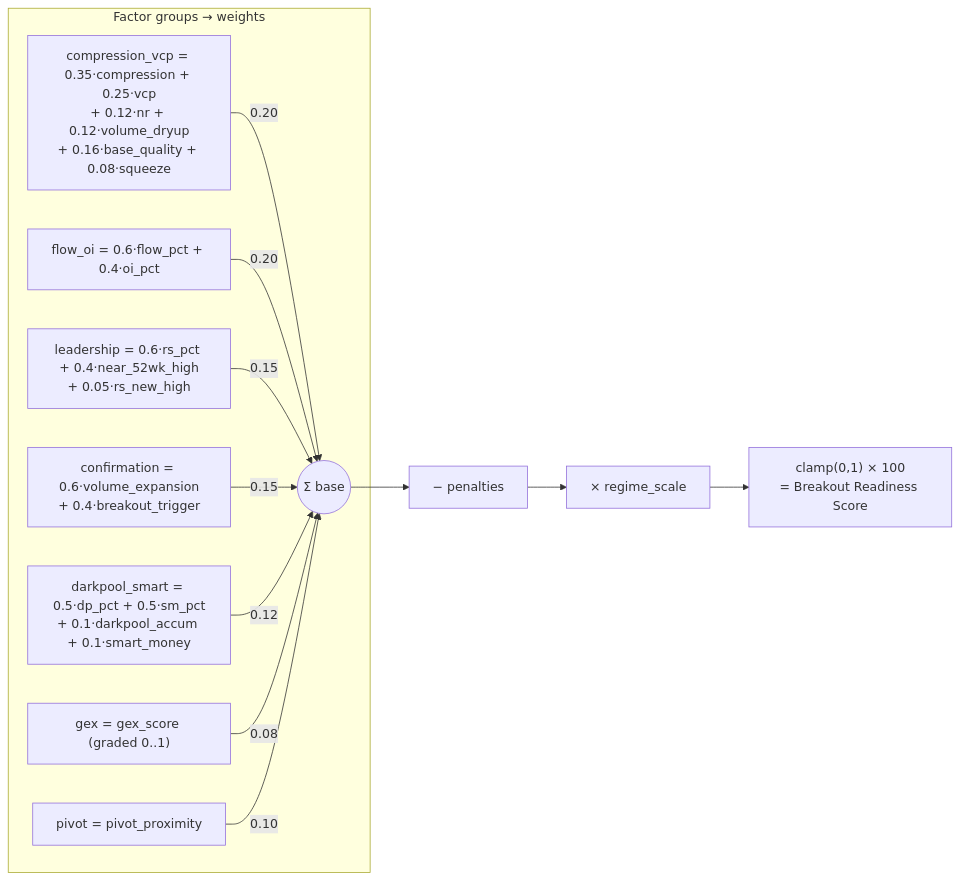
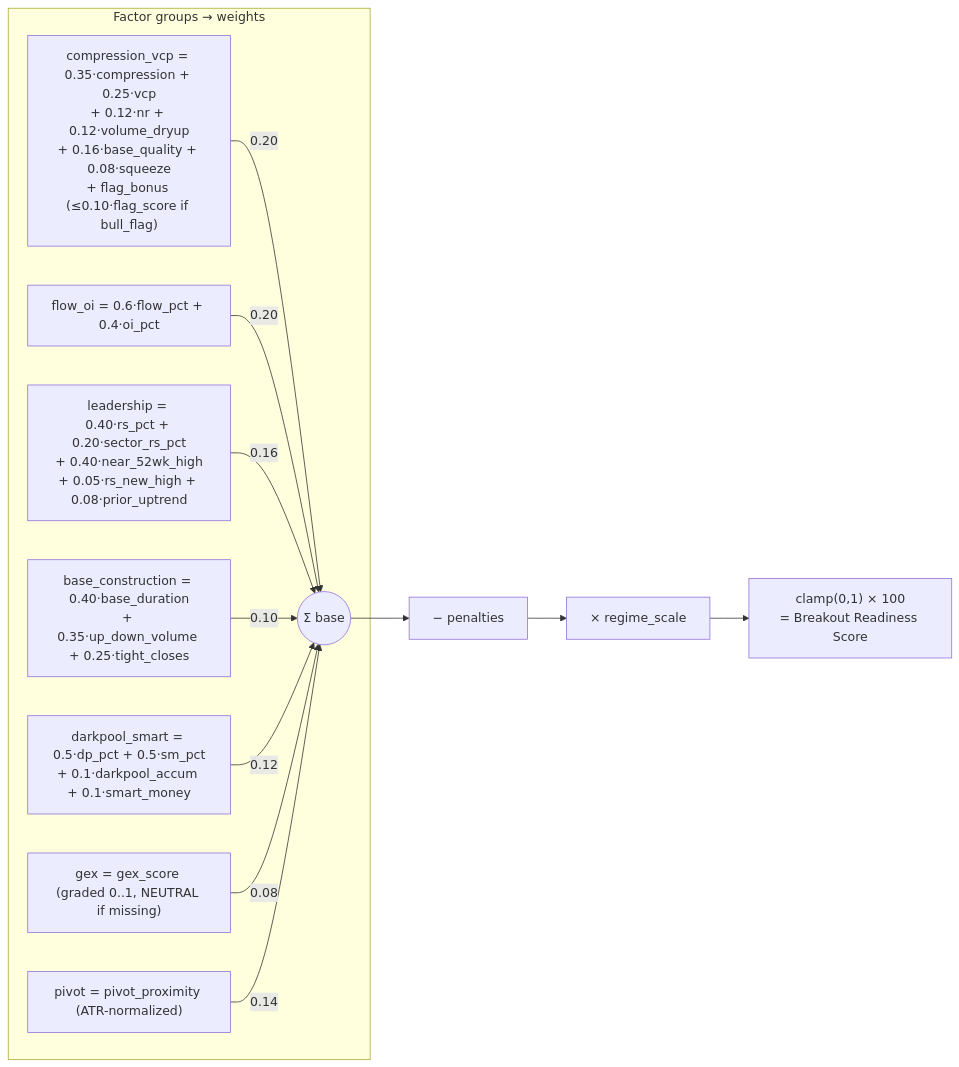
Before and after one commit to pk-ux/PutOptionsTrading: the third of 8 diagrams in backend/app/modules/breakout_scanner/ARCHITECTURE.md, drawn with Mermaid. The commit also changed other lines of this file and 22 other files, not shown here.

````diff
--- a/backend/app/modules/breakout_scanner/ARCHITECTURE.md
+++ b/backend/app/modules/breakout_scanner/ARCHITECTURE.md
@@ -195,15 +227,15 @@
 ```mermaid
 flowchart LR
     subgraph G["Factor groups → weights"]
-      A["compression_vcp = 0.35·compression + 0.25·vcp<br/>+ 0.12·nr + 0.12·volume_dryup<br/>+ 0.16·base_quality + 0.08·squeeze"] -->|0.20| S(("Σ base"))
+      A["compression_vcp = 0.35·compression + 0.25·vcp<br/>+ 0.12·nr + 0.12·volume_dryup<br/>+ 0.16·base_quality + 0.08·squeeze<br/>+ flag_bonus (≤0.10·flag_score if bull_flag)"] -->|0.20| S(("Σ base"))
       B["flow_oi = 0.6·flow_pct + 0.4·oi_pct"] -->|0.20| S
-      C["leadership = 0.6·rs_pct + 0.4·near_52wk_high<br/>+ 0.05·rs_new_high"] -->|0.15| S
-      H["confirmation = 0.6·volume_expansion<br/>+ 0.4·breakout_trigger"] -->|0.15| S
+      C["leadership = 0.40·rs_pct + 0.20·sector_rs_pct<br/>+ 0.40·near_52wk_high<br/>+ 0.05·rs_new_high + 0.08·prior_uptrend"] -->|0.16| S
+      H["base_construction = 0.40·base_duration<br/>+ 0.35·up_down_volume + 0.25·tight_closes"] -->|0.10| S
       D["darkpool_smart = 0.5·dp_pct + 0.5·sm_pct<br/>+ 0.1·darkpool_accum + 0.1·smart_money"] -->|0.12| S
-      E["gex = gex_score (graded 0..1)"] -->|0.08| S
-      F["pivot = pivot_proximity"] -->|0.10| S
+      E["gex = gex_score (graded 0..1, NEUTRAL if missing)"] -->|0.08| S
+      F["pivot = pivot_proximity (ATR-normalized)"] -->|0.14| S
     end
     S --> P["− penalties"]
     P --> RS["× regime_scale"]
     RS --> R["clamp(0,1) × 100<br/>= Breakout Readiness Score"]
 ```
````
